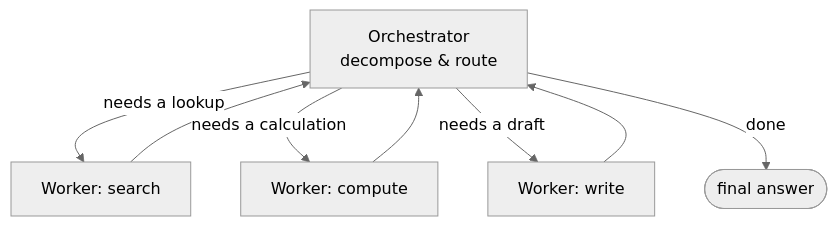
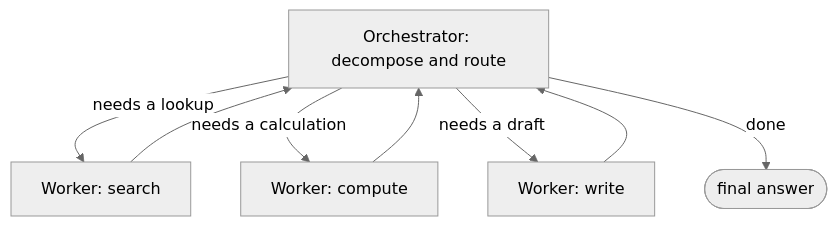
Before and after one commit to WBHankins93/ai-engineering-studio: the second of 2 diagrams in foundations/langgraph-how-to.md, drawn with Mermaid (neutral theme). The commit also changed other lines of this file and 6 other files, not shown here.

Commit message:
Simplify mermaid labels to strict-mode-safe single lines

````diff
--- a/foundations/langgraph-how-to.md
+++ b/foundations/langgraph-how-to.md
@@ -81,11 +81,11 @@
 ```mermaid
 flowchart TB
-  O["Orchestrator<br/>decompose & route"]
+  O["Orchestrator: decompose and route"]
   O -->|"needs a lookup"| W1["Worker: search"]
   O -->|"needs a calculation"| W2["Worker: compute"]
   O -->|"needs a draft"| W3["Worker: write"]
   W1 --> O
   W2 --> O
   W3 --> O
   O -->|"done"| A(["final answer"])
 ```
````
